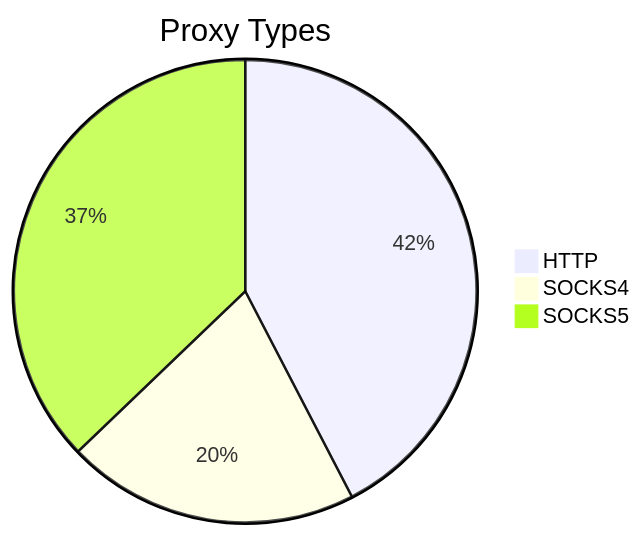
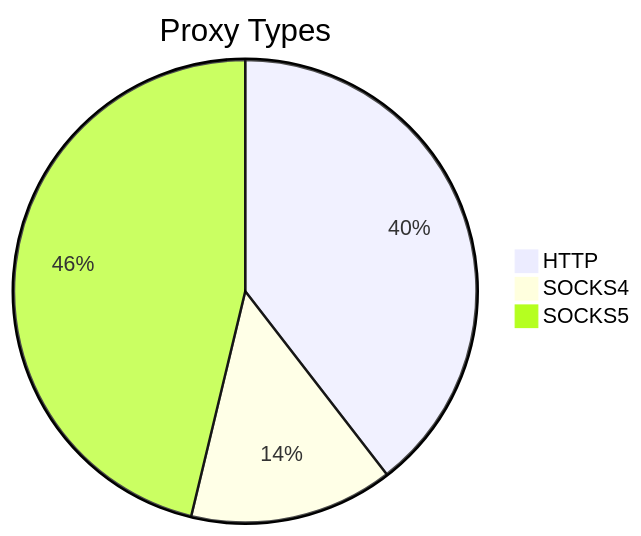
The first of 2 diagrams in README.md (stormsia/proxy-list), drawn with Mermaid before and after one commit. The commit also changed other lines of this file, not shown here.

````diff
--- a/README.md
+++ b/README.md
@@ -21,6 +21,6 @@
 ```mermaid
 pie title Proxy Types
-    "HTTP" : 203
-    "SOCKS4" : 98
-    "SOCKS5" : 178
+    "HTTP" : 100
+    "SOCKS4" : 36
+    "SOCKS5" : 117
 ```
````
